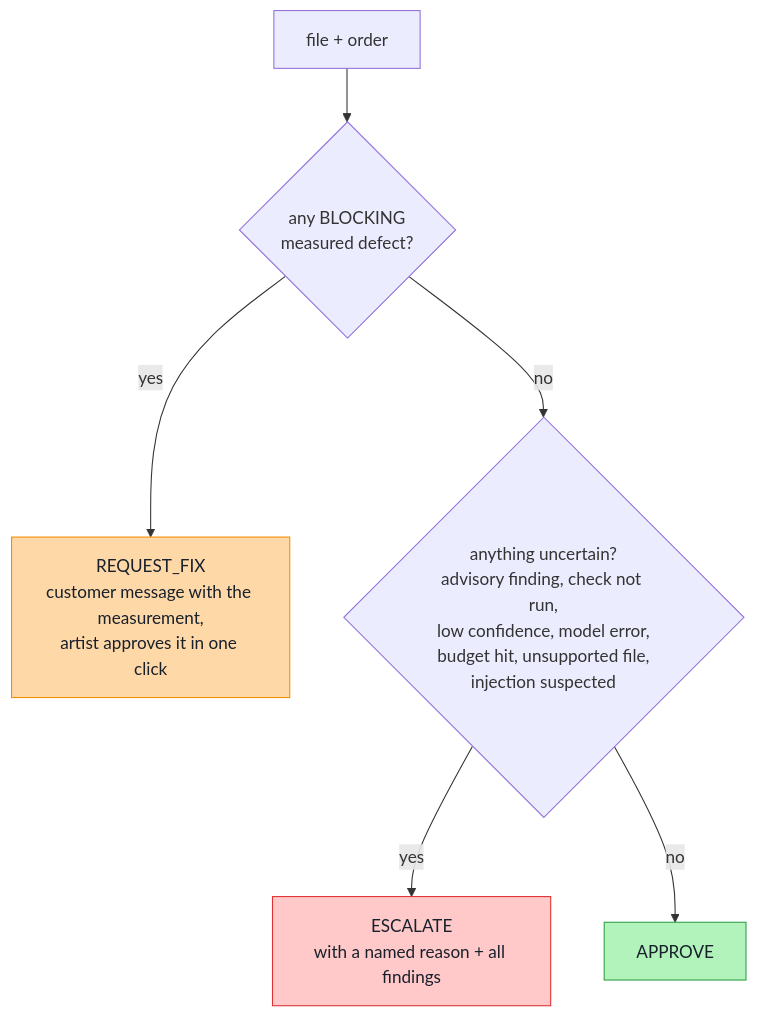
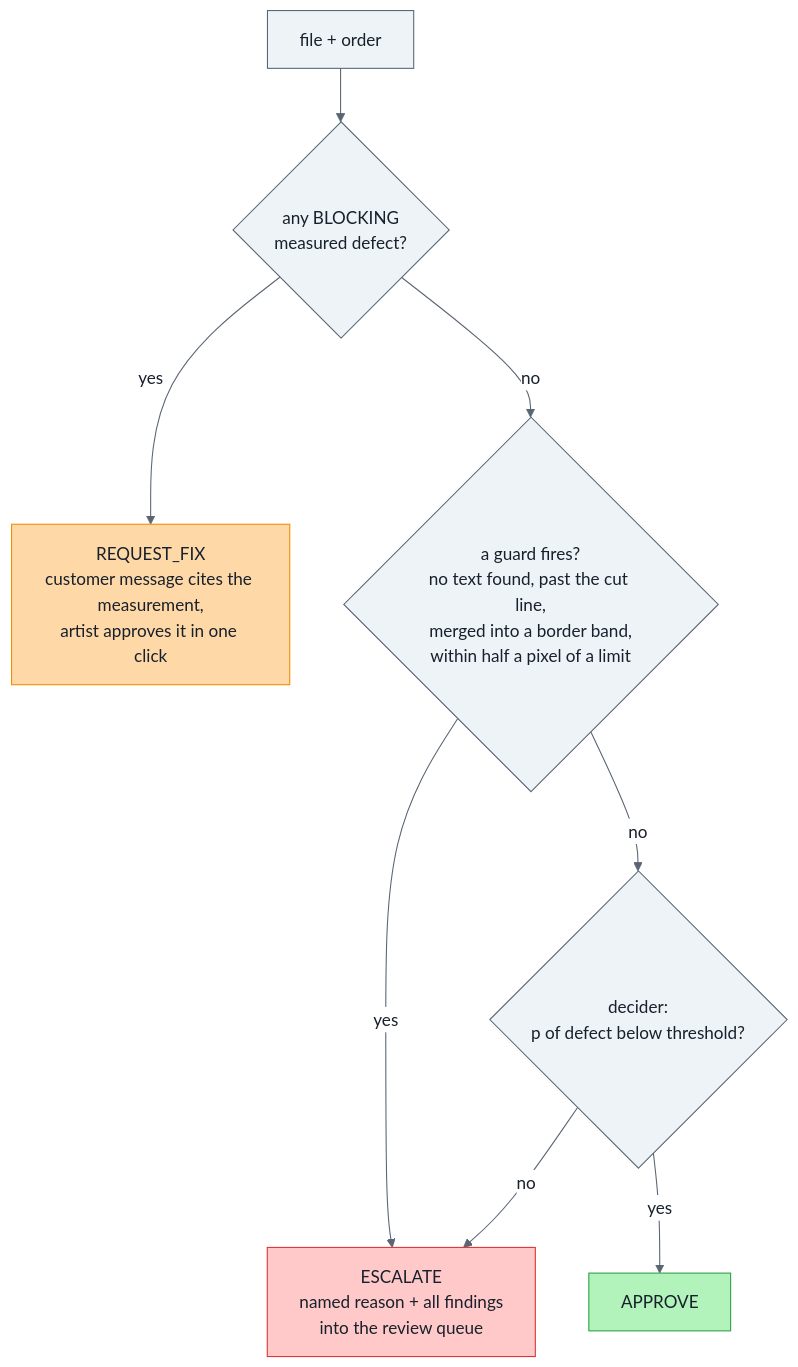
One commit to ashvolt/agents changed the second of 14 diagrams in capstone/docs/learn.md. Above: the diagram before and after it, drawn with Mermaid. The commit also changed other lines of this file, not shown here.

First line of the commit message:
docs(learn): cover the project to 2026-09-26; diagrams readable in any theme

````diff
--- a/capstone/docs/learn.md
+++ b/capstone/docs/learn.md
@@ -178,12 +209,15 @@
 ```mermaid
-%%{init: {"theme": "default"}}%%
+%%{init: {"theme":"base","themeVariables":{"background":"#ffffff","fontFamily":"Arial, Helvetica, sans-serif","primaryColor":"#eef3f8","primaryTextColor":"#17202b","primaryBorderColor":"#5a6573","secondaryColor":"#f5f7fa","secondaryTextColor":"#17202b","tertiaryColor":"#ffffff","tertiaryTextColor":"#17202b","lineColor":"#5a6573","textColor":"#17202b","titleColor":"#17202b","nodeTextColor":"#17202b","edgeLabelBackground":"#ffffff","clusterBkg":"#f7f9fb","clusterBorder":"#9aa5b1","cScale0":"#dbeafe","cScaleLabel0":"#17202b","cScalePeer0":"#5a6573","cScale1":"#dcfce7","cScaleLabel1":"#17202b","cScalePeer1":"#5a6573","cScale2":"#fef3c7","cScaleLabel2":"#17202b","cScalePeer2":"#5a6573","cScale3":"#fce7f3","cScaleLabel3":"#17202b","cScalePeer3":"#5a6573","cScale4":"#e0e7ff","cScaleLabel4":"#17202b","cScalePeer4":"#5a6573","cScale5":"#ccfbf1","cScaleLabel5":"#17202b","cScalePeer5":"#5a6573","cScale6":"#ffedd5","cScaleLabel6":"#17202b","cScalePeer6":"#5a6573","cScale7":"#f1f5f9","cScaleLabel7":"#17202b","cScalePeer7":"#5a6573"}}}%%
 flowchart TD
-    F[file + order] --> Q{any BLOCKING<br/>measured defect?}
-    Q -- yes --> RF["REQUEST_FIX<br/>customer message with the measurement,<br/>artist approves it in one click"]
-    Q -- no --> U{anything uncertain?<br/>advisory finding, check not run,<br/>low confidence, model error,<br/>budget hit, unsupported file,<br/>injection suspected}
-    U -- yes --> ES["ESCALATE<br/>with a named reason + all findings"]
-    U -- no --> AP[APPROVE]
-    style AP fill:#b2f2bb,stroke:#2f9e44,color:#17202B
-    style RF fill:#ffd8a8,stroke:#f08c00,color:#17202B
-    style ES fill:#ffc9c9,stroke:#e03131,color:#17202B
+    classDef default fill:#eef3f8,stroke:#5a6573,color:#17202b
+    F[file + order] --> Q{"any BLOCKING<br/>measured defect?"}
+    Q -- yes --> RF["REQUEST_FIX<br/>customer message cites the measurement,<br/>artist approves it in one click"]
+    Q -- no --> G{"a guard fires?<br/>no text found, past the cut line,<br/>merged into a border band,<br/>within half a pixel of a limit"}
+    G -- yes --> ES["ESCALATE<br/>named reason + all findings<br/>into the review queue"]
+    G -- no --> P{"decider:<br/>p of defect below threshold?"}
+    P -- no --> ES
+    P -- yes --> AP[APPROVE]
+    style AP fill:#b2f2bb,stroke:#2f9e44,color:#17202b
+    style RF fill:#ffd8a8,stroke:#f08c00,color:#17202b
+    style ES fill:#ffc9c9,stroke:#e03131,color:#17202b
 ```
````
